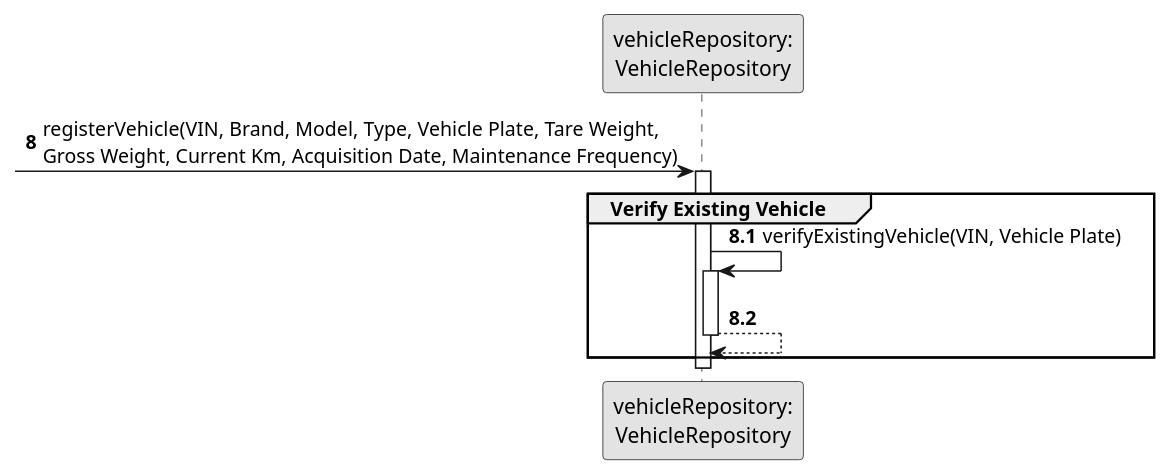
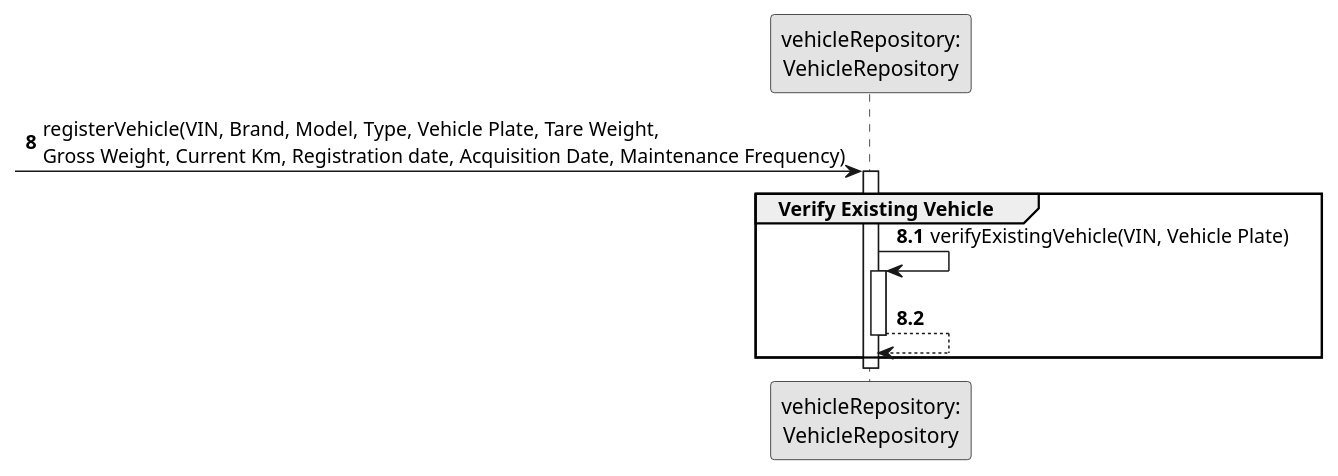
The diagram in docs/sprintB/us006/03.design/puml/us006-sequence-diagram-partial-verify-existing-vehicle.puml (ricardomm7/leaflink), drawn with PlantUML before and after one commit. The commit also changed 11 other files, not shown here.

Commit message:
Add registrationDate attribute forgotten on code and documentation

```diff
--- a/docs/sprintB/us006/03.design/puml/us006-sequence-diagram-partial-verify-existing-vehicle.puml
+++ b/docs/sprintB/us006/03.design/puml/us006-sequence-diagram-partial-verify-existing-vehicle.puml
@@ -1,25 +1,25 @@
 @startuml
 skinparam monochrome true
 skinparam packageStyle rectangle
 skinparam shadowing false
 
 participant "vehicleRepository:\nVehicleRepository" as VehicleRepository
 
 autonumber 8
--> VehicleRepository  : registerVehicle(VIN, Brand, Model, Type, Vehicle Plate, Tare Weight, \nGross Weight, Current Km, Acquisition Date, Maintenance Frequency)
+-> VehicleRepository  : registerVehicle(VIN, Brand, Model, Type, Vehicle Plate, Tare Weight, \nGross Weight, Current Km, Registration date, Acquisition Date, Maintenance Frequency)
 
 activate VehicleRepository
     group Verify Existing Vehicle
     autonumber 8.1
 
         VehicleRepository -> VehicleRepository: verifyExistingVehicle(VIN, Vehicle Plate)
         activate VehicleRepository
 
         VehicleRepository --> VehicleRepository
         deactivate VehicleRepository
 
     end
 deactivate VehicleRepository
 
 
 @enduml
```
